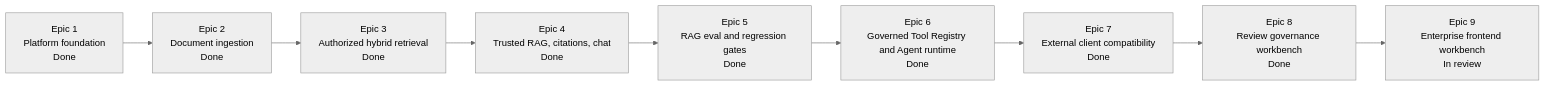
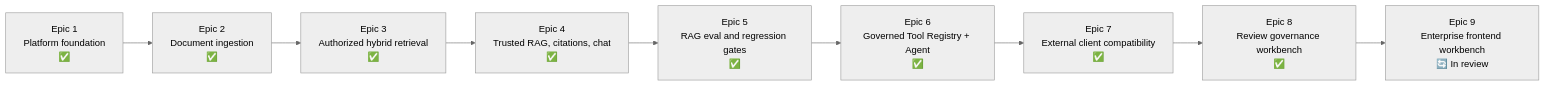
The second of 2 diagrams in README.md (chyinan/AegisRAG), drawn with Mermaid (neutral theme) before and after one commit. The commit also changed other lines of this file and 3 other files, not shown here.

First line of the commit message:
feat: coverage tracking, architecture diagram, benchmark script, README overhaul

````diff
--- a/README.md
+++ b/README.md
@@ -67,11 +165,11 @@
 ```mermaid
 flowchart LR
-    E1["Epic 1\nPlatform foundation\nDone"] --> E2["Epic 2\nDocument ingestion\nDone"]
-    E2 --> E3["Epic 3\nAuthorized hybrid retrieval\nDone"]
-    E3 --> E4["Epic 4\nTrusted RAG, citations, chat\nDone"]
-    E4 --> E5["Epic 5\nRAG eval and regression gates\nDone"]
-    E5 --> E6["Epic 6\nGoverned Tool Registry and Agent runtime\nDone"]
-    E6 --> E7["Epic 7\nExternal client compatibility\nDone"]
-    E7 --> E8["Epic 8\nReview governance workbench\nDone"]
-    E8 --> E9["Epic 9\nEnterprise frontend workbench\nIn review"]
+    E1["Epic 1<br/>Platform foundation<br/>✅"] --> E2["Epic 2<br/>Document ingestion<br/>✅"]
+    E2 --> E3["Epic 3<br/>Authorized hybrid retrieval<br/>✅"]
+    E3 --> E4["Epic 4<br/>Trusted RAG, citations, chat<br/>✅"]
+    E4 --> E5["Epic 5<br/>RAG eval and regression gates<br/>✅"]
+    E5 --> E6["Epic 6<br/>Governed Tool Registry + Agent<br/>✅"]
+    E6 --> E7["Epic 7<br/>External client compatibility<br/>✅"]
+    E7 --> E8["Epic 8<br/>Review governance workbench<br/>✅"]
+    E8 --> E9["Epic 9<br/>Enterprise frontend workbench<br/>🔄 In review"]
 ```
````
